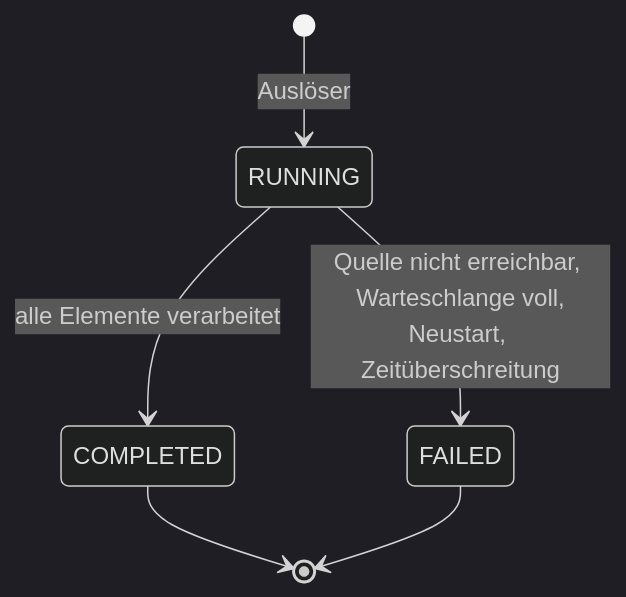
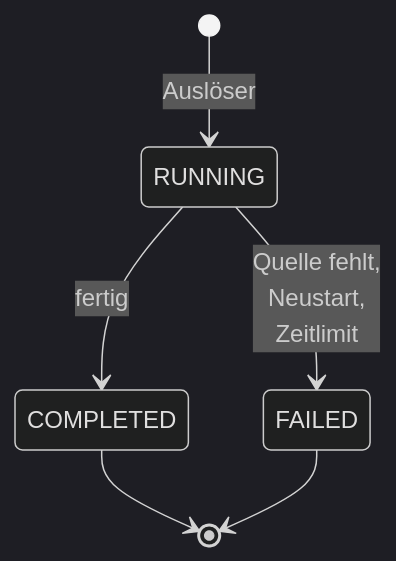
One commit to criew/opaa changed the third of 6 diagrams in docs/handbuch/wissensbibliotheken.md. Above: the diagram before and after it, drawn with Mermaid (dark theme). The commit also changed other lines of this file and 11 other files, not shown here.

First line of the commit message:
docs(handbuch): Mermaid-Knoten mit kurzen Zeilen

````diff
--- a/docs/handbuch/wissensbibliotheken.md
+++ b/docs/handbuch/wissensbibliotheken.md
@@ -178,8 +178,8 @@
 ```mermaid
 stateDiagram-v2
     [*] --> RUNNING: Auslöser
-    RUNNING --> COMPLETED: alle Elemente verarbeitet
-    RUNNING --> FAILED: Quelle nicht erreichbar, Warteschlange voll,<br/>Neustart, Zeitüberschreitung
+    RUNNING --> COMPLETED: fertig
+    RUNNING --> FAILED: Quelle fehlt,<br/>Neustart,<br/>Zeitlimit
     COMPLETED --> [*]
     FAILED --> [*]
 ```
````
